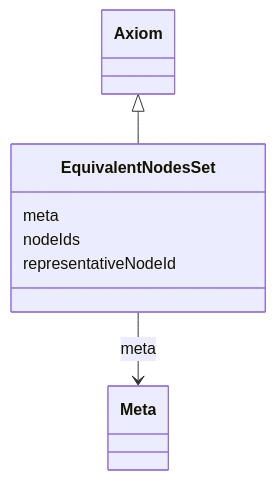
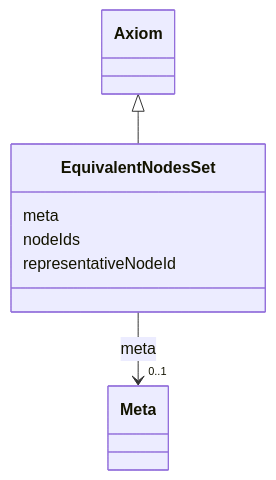
The diagram in obograph/EquivalentNodesSet.md (INCATools/ontology-access-kit), drawn with Mermaid before and after one commit. The commit also changed other lines of this file and 3329 other files, not shown here.

````diff
--- a/obograph/EquivalentNodesSet.md
+++ b/obograph/EquivalentNodesSet.md
@@ -17,15 +19,22 @@
 ```{mermaid}
  classDiagram
     class EquivalentNodesSet
+    click EquivalentNodesSet href "../EquivalentNodesSet"
       Axiom <|-- EquivalentNodesSet
+        click Axiom href "../Axiom"
       
       EquivalentNodesSet : meta
         
-          EquivalentNodesSet --> Meta : meta
+          
+    
+    
+    EquivalentNodesSet --> "0..1" Meta : meta
+    click Meta href "../Meta"
+
         
       EquivalentNodesSet : nodeIds
         
       EquivalentNodesSet : representativeNodeId
         
       
 ```
````
